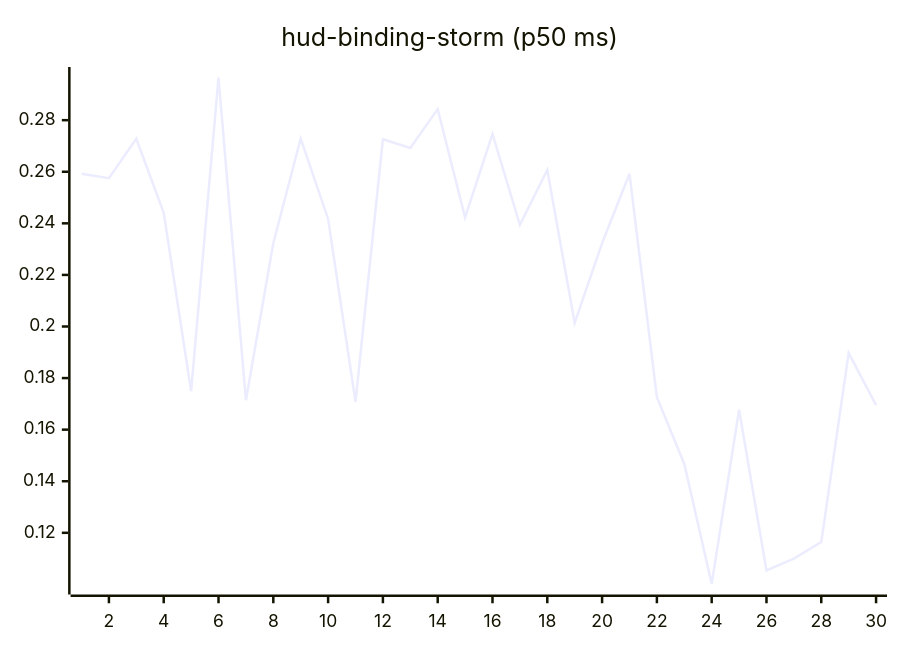
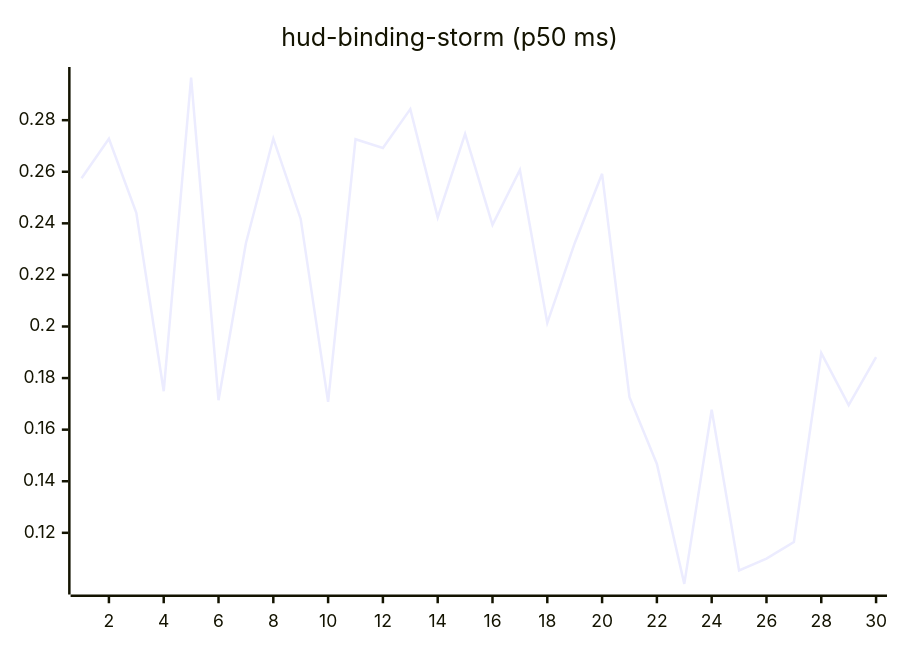
Before and after one commit to josha/Facet: the tenth of 27 diagrams in README.md, drawn with Mermaid. The commit also changed other lines of this file and 2 other files, not shown here.

````diff
--- a/README.md
+++ b/README.md
@@ -126,6 +126,6 @@
 ```mermaid
 xychart-beta
     title "hud-binding-storm (p50 ms)"
     x-axis 1 --> 30
-    line [0.2592, 0.2575, 0.2728, 0.2441, 0.1749, 0.2965, 0.1714, 0.2323, 0.2729, 0.2417, 0.1708, 0.2726, 0.2692, 0.2843, 0.2423, 0.2747, 0.2394, 0.2607, 0.2014, 0.2323, 0.2592, 0.1726, 0.1467, 0.1002, 0.1677, 0.1054, 0.1100, 0.1164, 0.1897, 0.1695]
+    line [0.2575, 0.2728, 0.2441, 0.1749, 0.2965, 0.1714, 0.2323, 0.2729, 0.2417, 0.1708, 0.2726, 0.2692, 0.2843, 0.2423, 0.2747, 0.2394, 0.2607, 0.2014, 0.2323, 0.2592, 0.1726, 0.1467, 0.1002, 0.1677, 0.1054, 0.1100, 0.1164, 0.1897, 0.1695, 0.1881]
 ```
````
